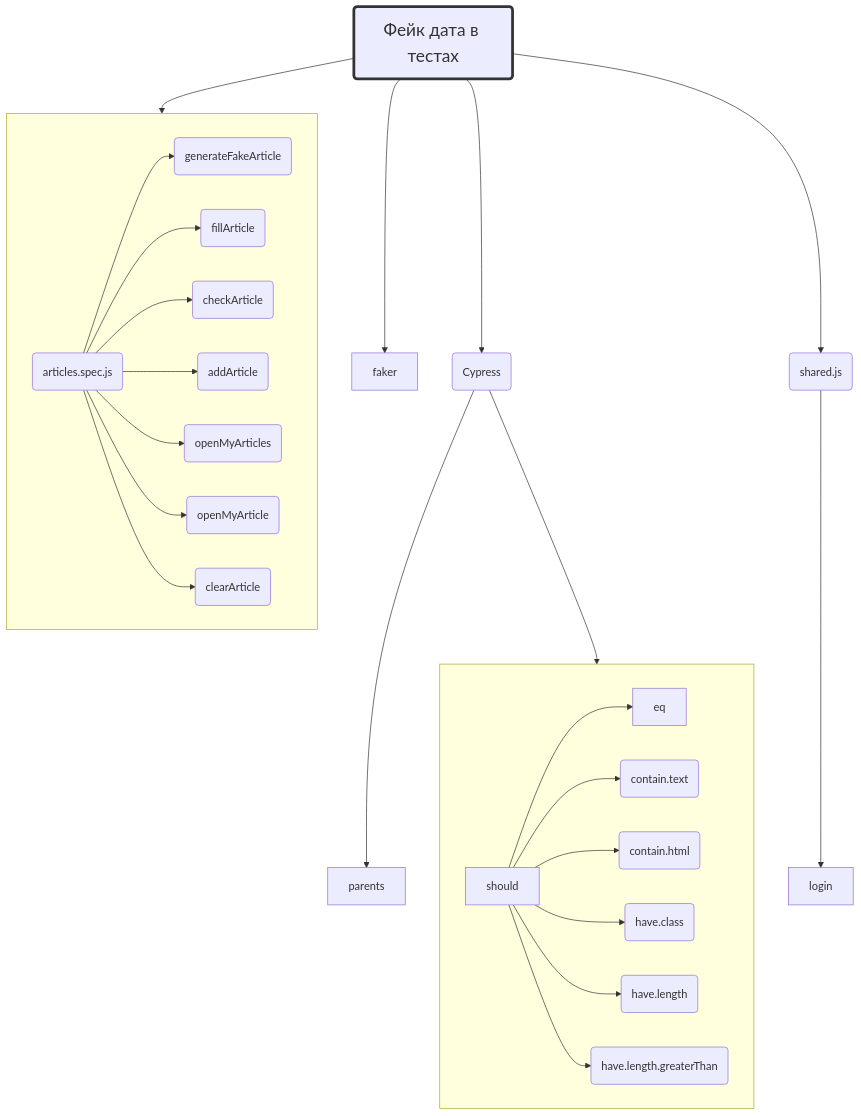
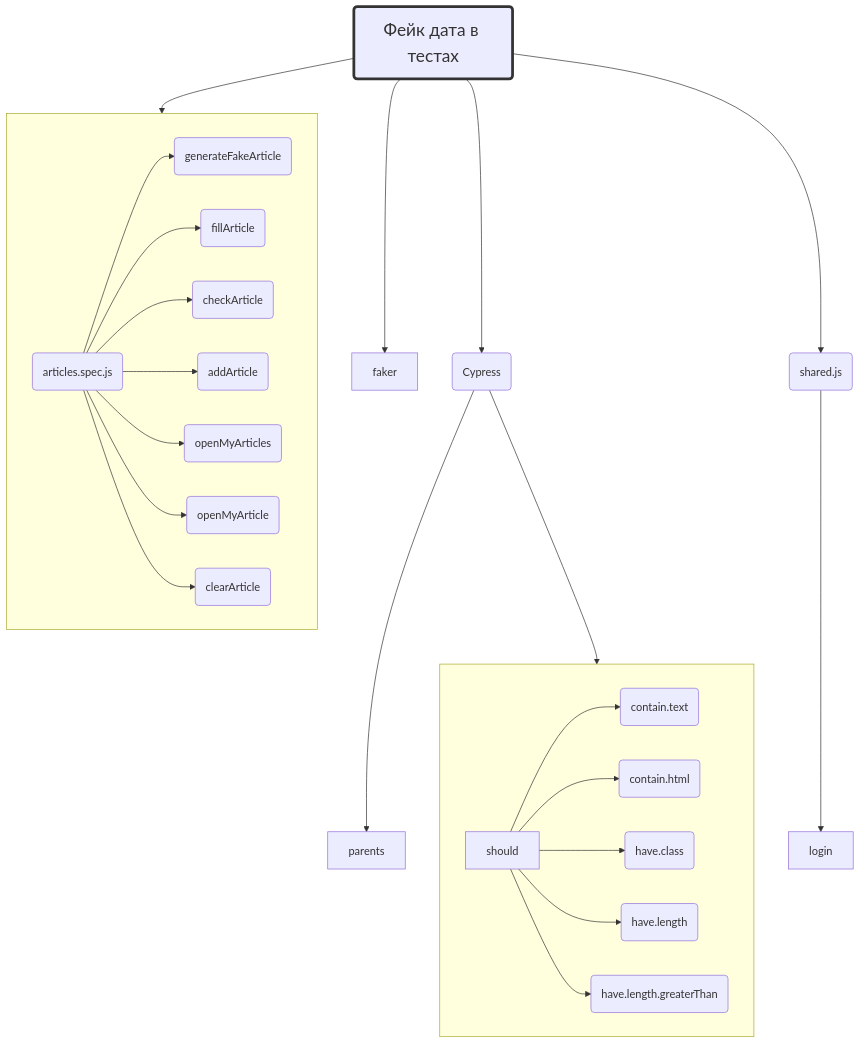
One commit to open-tutorials/cypress changed the fifth of 6 diagrams in README.md. Above: the diagram before and after it, drawn with Mermaid. The commit also changed other lines of this file, not shown here.

````diff
--- a/README.md
+++ b/README.md
@@ -192,40 +192,39 @@
 ```mermaid
 flowchart TB
 fake_data(<span style='font-size:25px'>Фейк дата в тестах</span>)
 fake_data --> faker
 
 fake_data --> cypress(Cypress)
 cypress --> g_should
 
 subgraph g_should [" "]
     direction LR
-    should --> eq
     should --> contain_text(contain.text)
     should --> contain_html(contain.html)
     should --> have_class_(have.class)
     should --> have_length(have.length)
     should --> have_length_greater_than(have.length.greaterThan)
 end
 
 cypress --> parents
 
 fake_data --> shared_js(shared.js)
 shared_js --> login
 
 fake_data --> g_articles_spec_js
 
 subgraph g_articles_spec_js [" "]
     direction LR
     articles_spec_js(articles.spec.js)
     articles_spec_js --> generate_fake_article(generateFakeArticle)
     articles_spec_js --> fill_article(fillArticle)
     articles_spec_js --> check_article(checkArticle)
     articles_spec_js --> add_article(addArticle)
     articles_spec_js --> open_my_articles(openMyArticles)
     articles_spec_js --> open_my_article(openMyArticle)
     articles_spec_js --> clear_article(clearArticle)
 end
 
 style fake_data stroke:#333,stroke-width:4px
 click fake_data "https://md.epic1h.com/fake_data" _blank
 ```
````
